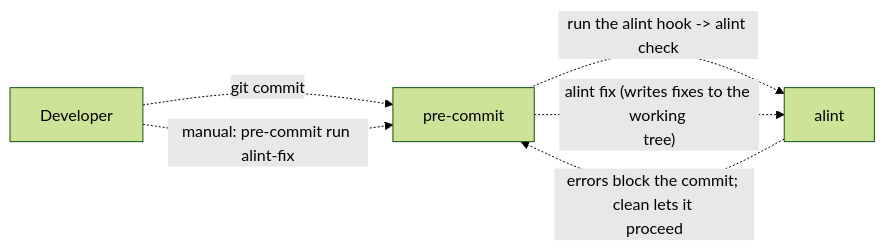
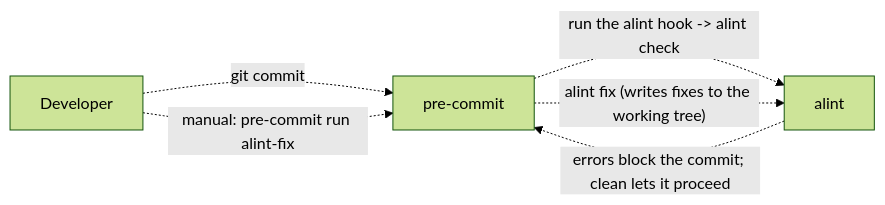
One commit to actions-marketplace-validations/asamarts_alint changed diagram 20 of 27 in docs/design/architecture/DIAGRAMS.md. Above: the diagram before and after it, drawn with Mermaid (forest theme). The commit also changed other lines of this file and 19 other files, not shown here.

````diff
--- a/docs/design/architecture/DIAGRAMS.md
+++ b/docs/design/architecture/DIAGRAMS.md
@@ -439,13 +394,11 @@
 ```mermaid
 graph LR
   Dev["Developer"]
   PreCommit["pre-commit"]
   AlintCliAlintBin["alint"]
   Dev -. "`git commit`" .-> PreCommit
   PreCommit -. "`run the alint hook -> alint check`" .-> AlintCliAlintBin
-  AlintCliAlintBin -. "`errors block the commit; clean lets it 
-proceed`" .-> PreCommit
+  AlintCliAlintBin -. "`errors block the commit; clean lets it proceed`" .-> PreCommit
   Dev -. "`manual: pre-commit run alint-fix`" .-> PreCommit
-  PreCommit -. "`alint fix (writes fixes to the working 
-tree)`" .-> AlintCliAlintBin
+  PreCommit -. "`alint fix (writes fixes to the working tree)`" .-> AlintCliAlintBin
 ```
````
